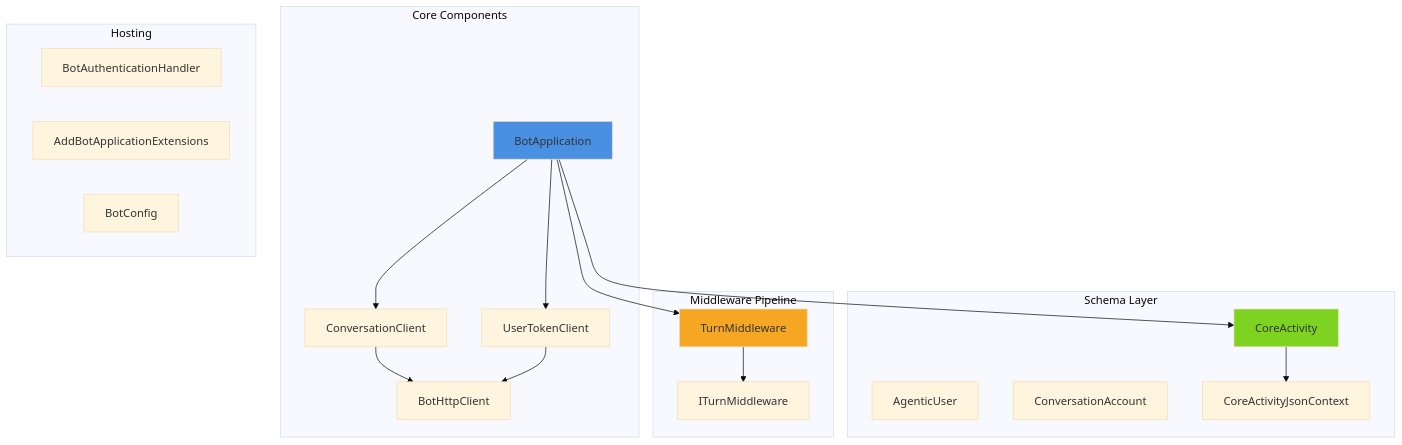
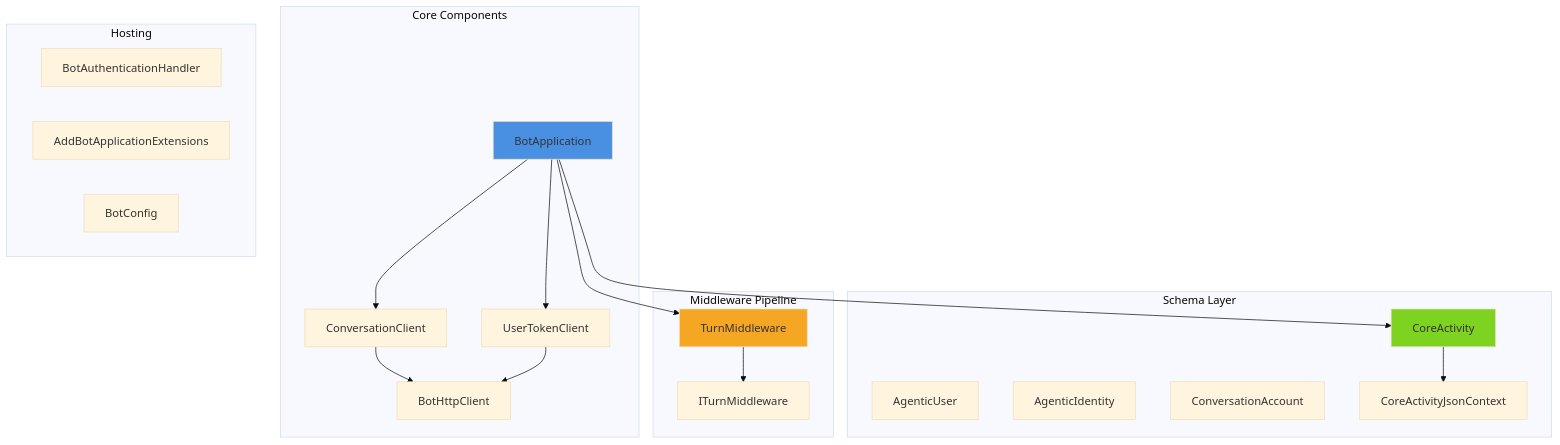
One commit to microsoft/teams.net changed the second of 19 diagrams in core/docs/Architecture.md. Above: the diagram before and after it, drawn with Mermaid (base theme). The commit also changed other lines of this file and 28 other files, not shown here.

````diff
--- a/core/docs/Architecture.md
+++ b/core/docs/Architecture.md
@@ -44,40 +44,41 @@
 ```mermaid
 graph TB
     subgraph "Core Components"
         BotApp[BotApplication]
         ConvClient[ConversationClient]
         TokenClient[UserTokenClient]
         HttpClient[BotHttpClient]
     end
 
     subgraph "Schema Layer"
         CoreActivity[CoreActivity]
         AgenticUser[AgenticUser]
+        AgenticIdentity[AgenticIdentity]
         ConvAccount[ConversationAccount]
         JsonContext[CoreActivityJsonContext]
     end
 
     subgraph "Middleware Pipeline"
         TurnMW[TurnMiddleware]
         CustomMW[ITurnMiddleware]
     end
 
     subgraph "Hosting"
         AuthHandler[BotAuthenticationHandler]
         Extensions[AddBotApplicationExtensions]
         Config[BotConfig]
     end
 
     BotApp --> TurnMW
     BotApp --> ConvClient
     BotApp --> TokenClient
     ConvClient --> HttpClient
     TokenClient --> HttpClient
     TurnMW --> CustomMW
     BotApp --> CoreActivity
     CoreActivity --> JsonContext
 
     style BotApp fill:#4a90e2
     style CoreActivity fill:#7ed321
     style TurnMW fill:#f5a623
 ```
````
